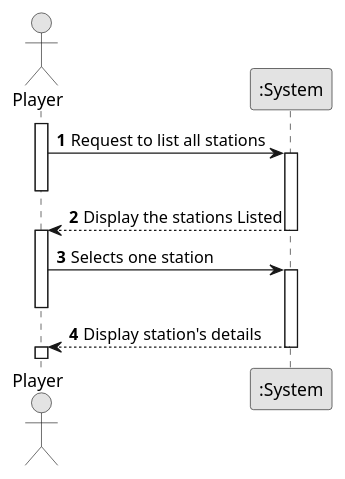
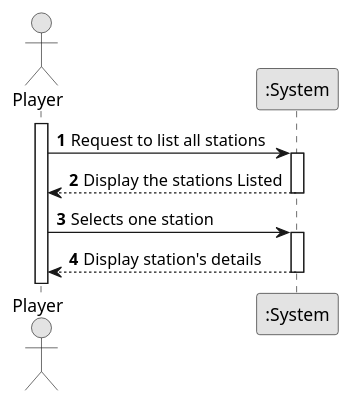
The diagram in docs/sprint1/us007/01.requirements-engineering/puml/us007-system-sequence-diagram.puml (ivasduarte/all-aboard), drawn with PlantUML before and after one commit. The commit also changed 13 other files, not shown here.

```diff
--- a/docs/sprint1/us007/01.requirements-engineering/puml/us007-system-sequence-diagram.puml
+++ b/docs/sprint1/us007/01.requirements-engineering/puml/us007-system-sequence-diagram.puml
@@ -1,29 +1,25 @@
 @startuml
 skinparam monochrome true
 skinparam packageStyle rectangle
 skinparam shadowing false
 
 autonumber
 
 actor "Player" as Player
 participant ":System" as System
 
 activate Player
 
     Player -> System : Request to list all stations
     activate System
-    deactivate Player
 
     System --> Player : Display the stations Listed
     deactivate System
-    activate Player
 
     Player -> System : Selects one station
     activate System
-    deactivate Player
 
     System --> Player : Display station's details
     deactivate System
-    activate Player
 
 @enduml
```
